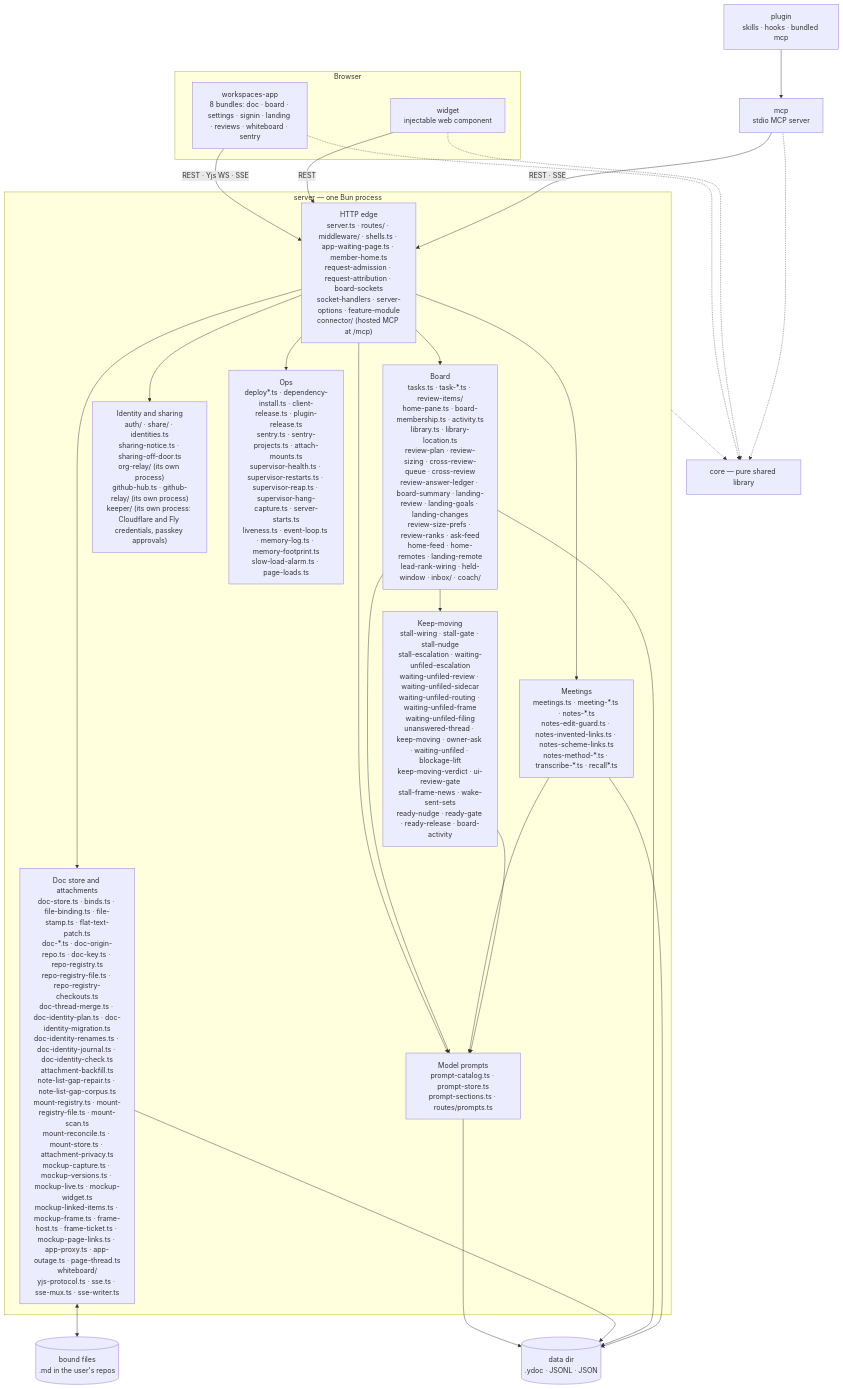
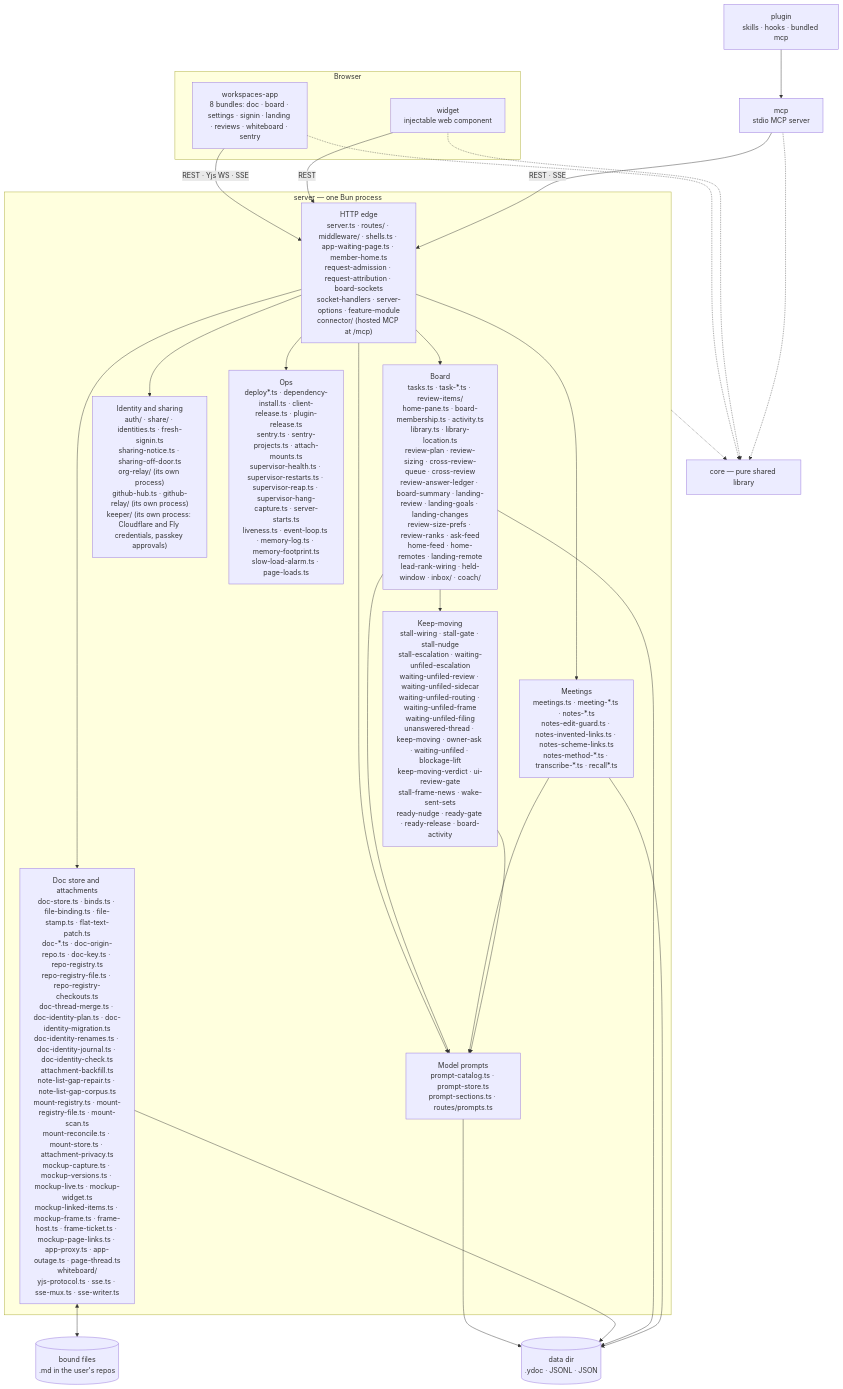
Before and after one commit to fryanpan/claude-workspaces-plugin: the first of 2 diagrams in docs/architecture/overview.md, drawn with Mermaid. The commit also changed other lines of this file and 37 other files, not shown here.

````diff
--- a/docs/architecture/overview.md
+++ b/docs/architecture/overview.md
@@ -45,35 +45,35 @@
 ```mermaid
 flowchart TB
   subgraph browser[Browser]
     app["workspaces-app<br/>8 bundles: doc · board · settings · signin · landing · reviews · whiteboard · sentry"]
     wid["widget<br/>injectable web component"]
   end
   plug["plugin<br/>skills · hooks · bundled mcp"]
   mcp["mcp<br/>stdio MCP server"]
   subgraph srv["server — one Bun process"]
     edge["HTTP edge<br/>server.ts · routes/ · middleware/ · shells.ts · app-waiting-page.ts · member-home.ts<br/>request-admission · request-attribution · board-sockets<br/>socket-handlers · server-options · feature-module<br/>connector/ (hosted MCP at /mcp)"]
     docs["Doc store and attachments<br/>doc-store.ts · binds.ts · file-binding.ts · file-stamp.ts · flat-text-patch.ts<br/>doc-*.ts · doc-origin-repo.ts · doc-key.ts · repo-registry.ts<br/>repo-registry-file.ts · repo-registry-checkouts.ts<br/>doc-thread-merge.ts · doc-identity-plan.ts · doc-identity-migration.ts<br/>doc-identity-renames.ts · doc-identity-journal.ts · doc-identity-check.ts<br/>attachment-backfill.ts<br/>note-list-gap-repair.ts · note-list-gap-corpus.ts<br/>mount-registry.ts · mount-registry-file.ts · mount-scan.ts<br/>mount-reconcile.ts · mount-store.ts · attachment-privacy.ts<br/>mockup-capture.ts · mockup-versions.ts · mockup-live.ts · mockup-widget.ts<br/>mockup-linked-items.ts · mockup-frame.ts · frame-host.ts · frame-ticket.ts · mockup-page-links.ts · app-proxy.ts · app-outage.ts · page-thread.ts<br/>whiteboard/<br/>yjs-protocol.ts · sse.ts · sse-mux.ts · sse-writer.ts"]
     board["Board<br/>tasks.ts · task-*.ts · review-items/<br/>home-pane.ts · board-membership.ts · activity.ts<br/>library.ts · library-location.ts<br/>review-plan · review-sizing · cross-review-queue · cross-review<br/>review-answer-ledger · board-summary · landing-review · landing-goals · landing-changes<br/>review-size-prefs · review-ranks · ask-feed<br/>home-feed · home-remotes · landing-remote<br/>lead-rank-wiring · held-window · inbox/ · coach/"]
     meet["Meetings<br/>meetings.ts · meeting-*.ts · notes-*.ts<br/>notes-edit-guard.ts · notes-invented-links.ts · notes-scheme-links.ts<br/>notes-method-*.ts · transcribe-*.ts · recall*.ts"]
     keep["Keep-moving<br/>stall-wiring · stall-gate · stall-nudge<br/>stall-escalation · waiting-unfiled-escalation<br/>waiting-unfiled-review · waiting-unfiled-sidecar<br/>waiting-unfiled-routing · waiting-unfiled-frame<br/>waiting-unfiled-filing<br/>unanswered-thread · keep-moving · owner-ask · waiting-unfiled · blockage-lift<br/>keep-moving-verdict · ui-review-gate<br/>stall-frame-news · wake-sent-sets<br/>ready-nudge · ready-gate · ready-release · board-activity"]
-    ident["Identity and sharing<br/>auth/ · share/ · identities.ts<br/>sharing-notice.ts · sharing-off-door.ts<br/>org-relay/ (its own process)<br/>github-hub.ts · github-relay/ (its own process)<br/>keeper/ (its own process: Cloudflare and Fly credentials, passkey approvals)"]
+    ident["Identity and sharing<br/>auth/ · share/ · identities.ts · fresh-signin.ts<br/>sharing-notice.ts · sharing-off-door.ts<br/>org-relay/ (its own process)<br/>github-hub.ts · github-relay/ (its own process)<br/>keeper/ (its own process: Cloudflare and Fly credentials, passkey approvals)"]
     prompts["Model prompts<br/>prompt-catalog.ts · prompt-store.ts<br/>prompt-sections.ts · routes/prompts.ts"]
     ops["Ops<br/>deploy*.ts · dependency-install.ts · client-release.ts · plugin-release.ts<br/>sentry.ts · sentry-projects.ts · attach-mounts.ts<br/>supervisor-health.ts · supervisor-restarts.ts · supervisor-reap.ts · supervisor-hang-capture.ts · server-starts.ts<br/>liveness.ts · event-loop.ts · memory-log.ts · memory-footprint.ts<br/>slow-load-alarm.ts · page-loads.ts"]
   end
   core["core — pure shared library"]
   disk[("data dir<br/>.ydoc · JSONL · JSON")]
   files[("bound files<br/>.md in the user's repos")]
 
   app -->|"REST · Yjs WS · SSE"| edge
   wid -->|REST| edge
   plug --> mcp
   mcp -->|"REST · SSE"| edge
   edge --> docs & board & meet & ident & ops & prompts
   board & meet & keep --> prompts
   prompts --> disk
   board --> keep
   docs <--> files
   docs & board & meet --> disk
   app & wid & mcp -.-> core
   srv -.-> core
 ```
````
